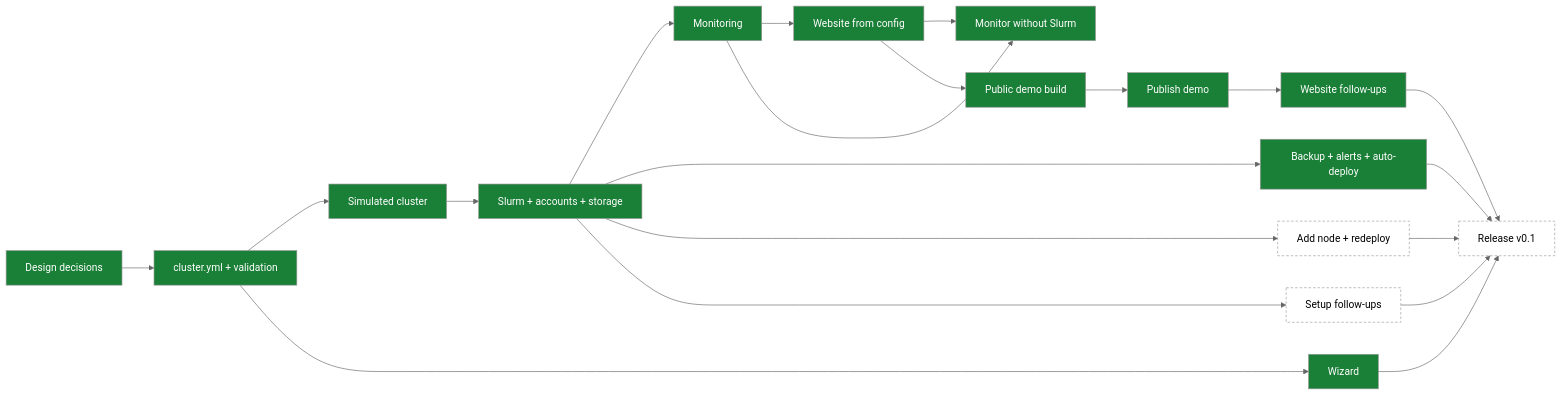
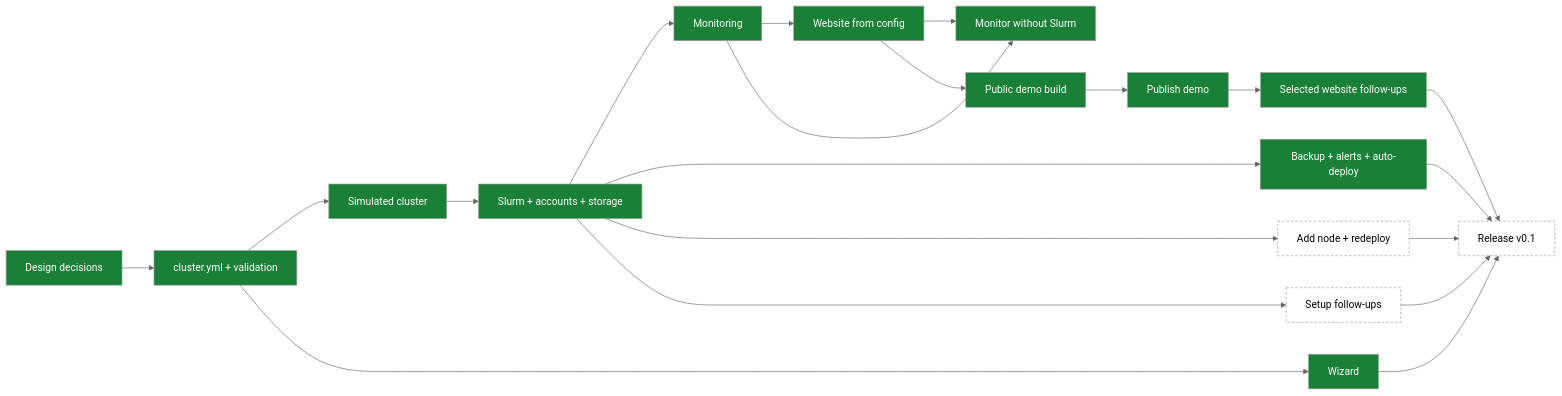
Before and after one commit to enajx/nanoHPC: the diagram in TODO.md, drawn with Mermaid (neutral theme). The commit also changed other lines of this file and 9 other files, not shown here.

````diff
--- a/TODO.md
+++ b/TODO.md
@@ -11,26 +11,26 @@
 ```mermaid
 flowchart LR
   classDef done fill:#1a7f37,color:#fff
   classDef wip fill:#d4a72c,color:#000
   classDef queued fill:none,stroke-dasharray:4 3
 
   D[Design decisions]:::done --> C[cluster.yml + validation]:::done
   C --> SIM[Simulated cluster]:::done
   SIM --> S[Slurm + accounts + storage]:::done
   S --> M[Monitoring]:::done
   M --> W[Website from config]:::done
   S --> BK[Backup + alerts + auto-deploy]:::done
   C --> WZ[Wizard]:::done
   M --> MO[Monitor without Slurm]:::done
   W --> MO
   S --> N[Add node + redeploy]:::queued
   W --> DEMO[Public demo build]:::done
   DEMO --> DP[Publish demo]:::done
-  DP --> WF[Website follow-ups]:::done
+  DP --> WF[Selected website follow-ups]:::done
   WF --> R[Release v0.1]:::queued
   BK --> R
   WZ --> R
   N --> R
   S --> F[Setup follow-ups]:::queued
   F --> R
 ```
````
